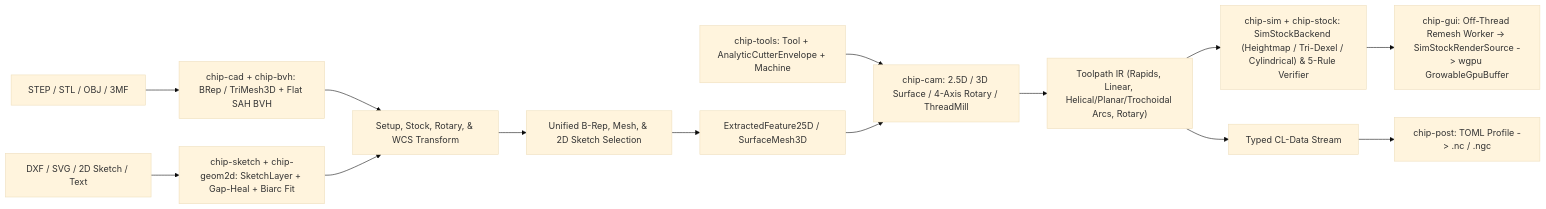
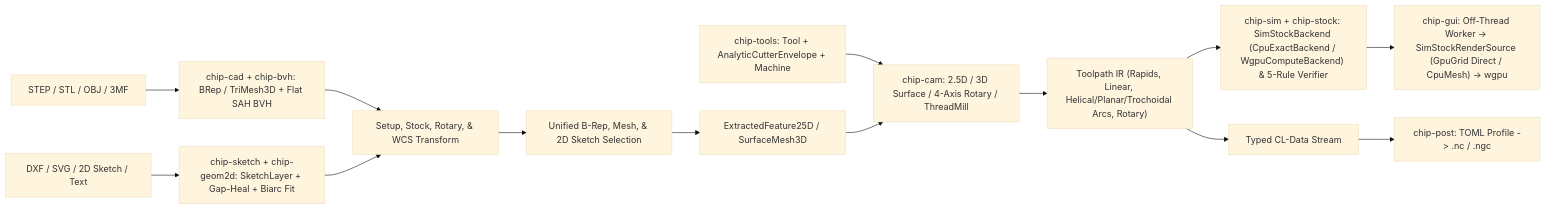
One commit to rk29/ChipCutter changed the second of 2 diagrams in specs/01-architecture.md. Above: the diagram before and after it, drawn with Mermaid (base theme). The commit also changed other lines of this file and 18 other files, not shown here.

Commit message:
Milestone 55: Add GUI/CLI GPU backend controls, --benchmark reporting, visual parity verification, and spec sync

````diff
--- a/specs/01-architecture.md
+++ b/specs/01-architecture.md
@@ -104,16 +106,16 @@
 ```mermaid
 flowchart LR
     STEP["STEP / STL / OBJ / 3MF"] --> CAD["chip-cad + chip-bvh: BRep / TriMesh3D + Flat SAH BVH"]
     VEC["DXF / SVG / 2D Sketch / Text"] --> SKETCH["chip-sketch + chip-geom2d: SketchLayer + Gap-Heal + Biarc Fit"]
     CAD --> SETUP["Setup, Stock, Rotary, & WCS Transform"]
     SKETCH --> SETUP
     SETUP --> SEL["Unified B-Rep, Mesh, & 2D Sketch Selection"]
     SEL --> FEAT["ExtractedFeature25D / SurfaceMesh3D"]
     TOOLS["chip-tools: Tool + AnalyticCutterEnvelope + Machine"] --> OP["chip-cam: 2.5D / 3D Surface / 4-Axis Rotary / ThreadMill"]
     FEAT --> OP
     OP --> TP["Toolpath IR (Rapids, Linear, Helical/Planar/Trochoidal Arcs, Rotary)"]
-    TP --> SIM["chip-sim + chip-stock: SimStockBackend (Heightmap / Tri-Dexel / Cylindrical) & 5-Rule Verifier"]
-    SIM --> RENDER["chip-gui: Off-Thread Remesh Worker -> SimStockRenderSource -> wgpu GrowableGpuBuffer"]
+    TP --> SIM["chip-sim + chip-stock: SimStockBackend (CpuExactBackend / WgpuComputeBackend) & 5-Rule Verifier"]
+    SIM --> RENDER["chip-gui: Off-Thread Worker -> SimStockRenderSource (GpuGrid Direct / CpuMesh) -> wgpu"]
     TP --> CL["Typed CL-Data Stream"]
     CL --> POST["chip-post: TOML Profile -> .nc / .ngc"]
 ```
````
